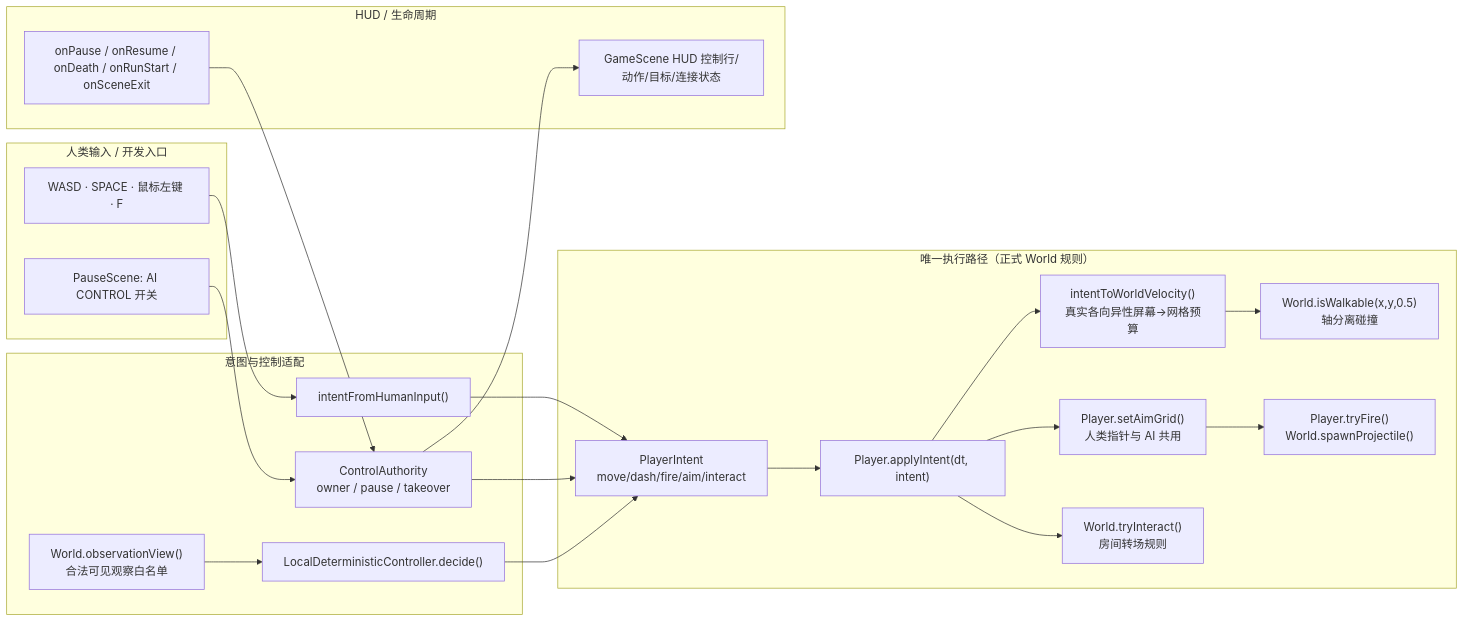
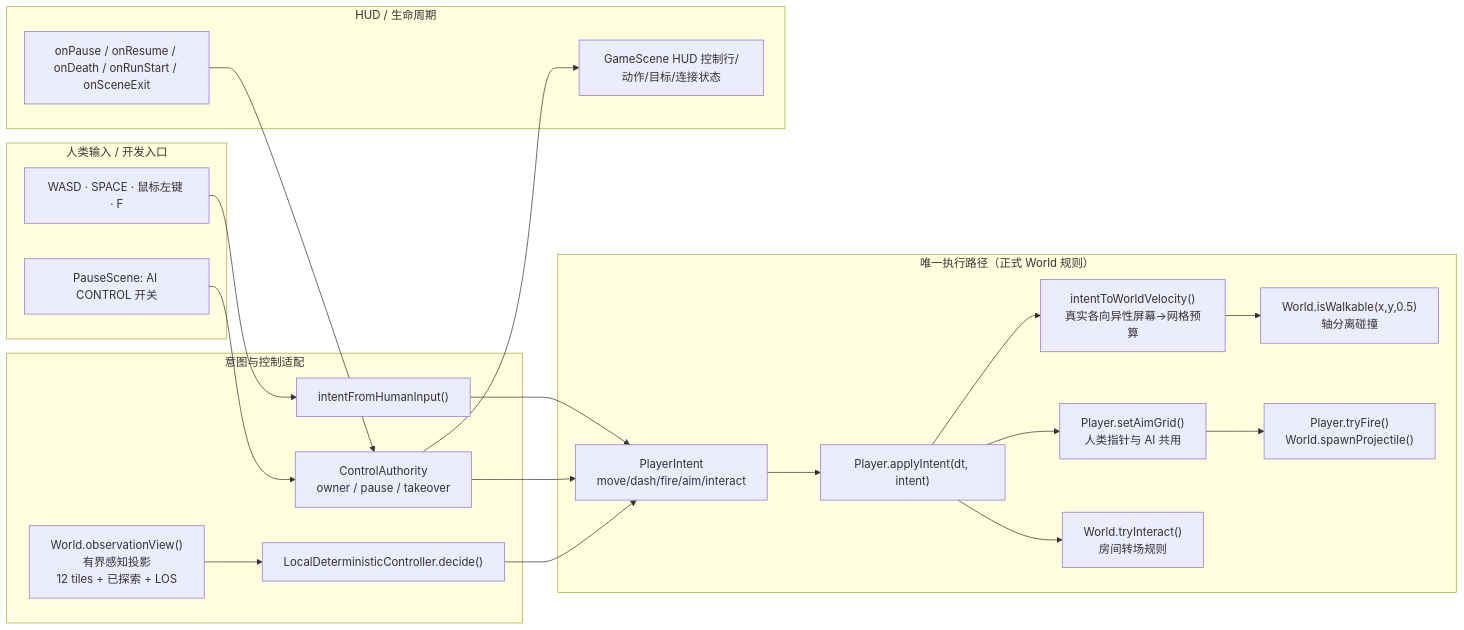
Before and after one commit to ShengxuanLing/LAST_SIGNAL: the diagram in docs/AI_NATIVE_WORLD_CONTROL.md, drawn with Mermaid. The commit also changed other lines of this file and 2 other files, not shown here.

````diff
--- a/docs/AI_NATIVE_WORLD_CONTROL.md
+++ b/docs/AI_NATIVE_WORLD_CONTROL.md
@@ -25,35 +25,35 @@
 ```mermaid
 flowchart LR
   subgraph Input["人类输入 / 开发入口"]
     K["WASD · SPACE · 鼠标左键 · F"]
     P["PauseScene: AI CONTROL 开关"]
   end
   subgraph Adapters["意图与控制适配"]
     HI["intentFromHumanInput()"]
     CA["ControlAuthority<br/>owner / pause / takeover"]
     LC["LocalDeterministicController.decide()"]
-    OB["World.observationView()<br/>合法可见观察白名单"]
+    OB["World.observationView()<br/>有界感知投影<br/>12 tiles + 已探索 + LOS"]
   end
   subgraph Exec["唯一执行路径（正式 World 规则）"]
     PI["PlayerIntent<br/>move/dash/fire/aim/interact"]
     AP["Player.applyIntent(dt, intent)"]
     MOVE["intentToWorldVelocity()<br/>真实各向异性屏幕→网格预算"]
     COL["World.isWalkable(x,y,0.5)<br/>轴分离碰撞"]
     AIM["Player.setAimGrid()<br/>人类指针与 AI 共用"]
     FIRE["Player.tryFire()<br/>World.spawnProjectile()"]
     ACT["World.tryInteract()<br/>房间转场规则"]
   end
   subgraph View["HUD / 生命周期"]
     HUD["GameScene HUD 控制行/动作/目标/连接状态"]
     LIFE["onPause / onResume / onDeath / onRunStart / onSceneExit"]
   end
   K --> HI --> PI
   P --> CA --> PI
   OB --> LC --> PI
   PI --> AP
   AP --> MOVE --> COL
   AP --> AIM --> FIRE
   AP --> ACT
   CA --> HUD
   LIFE --> CA
 ```
````
